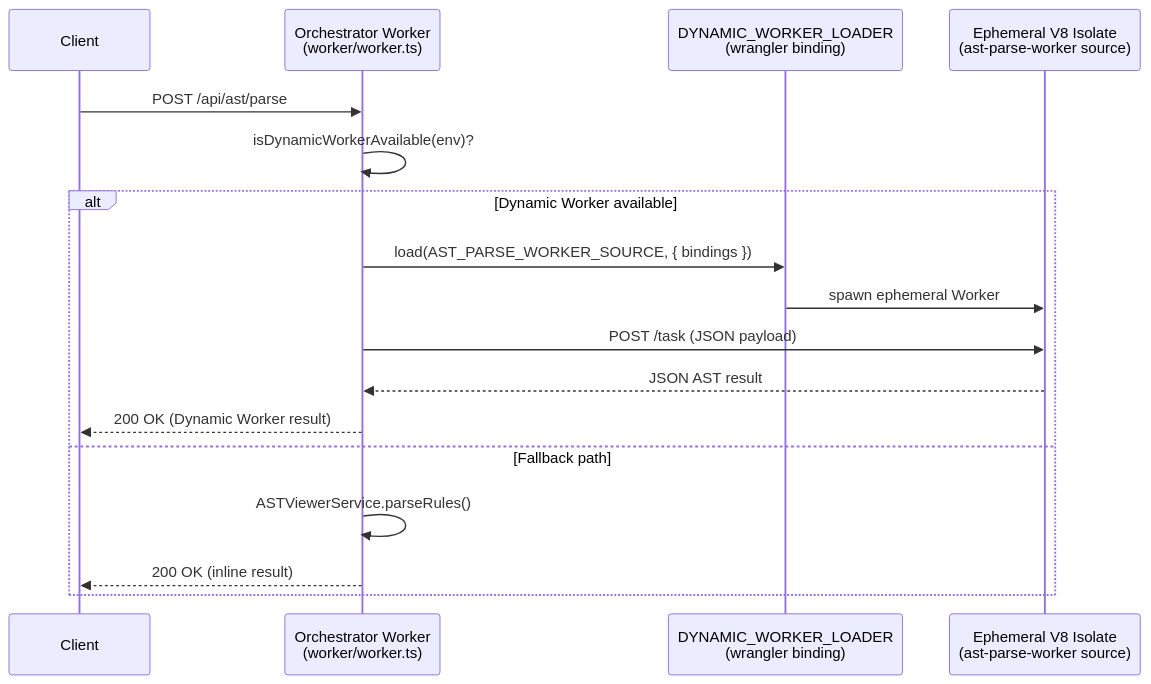
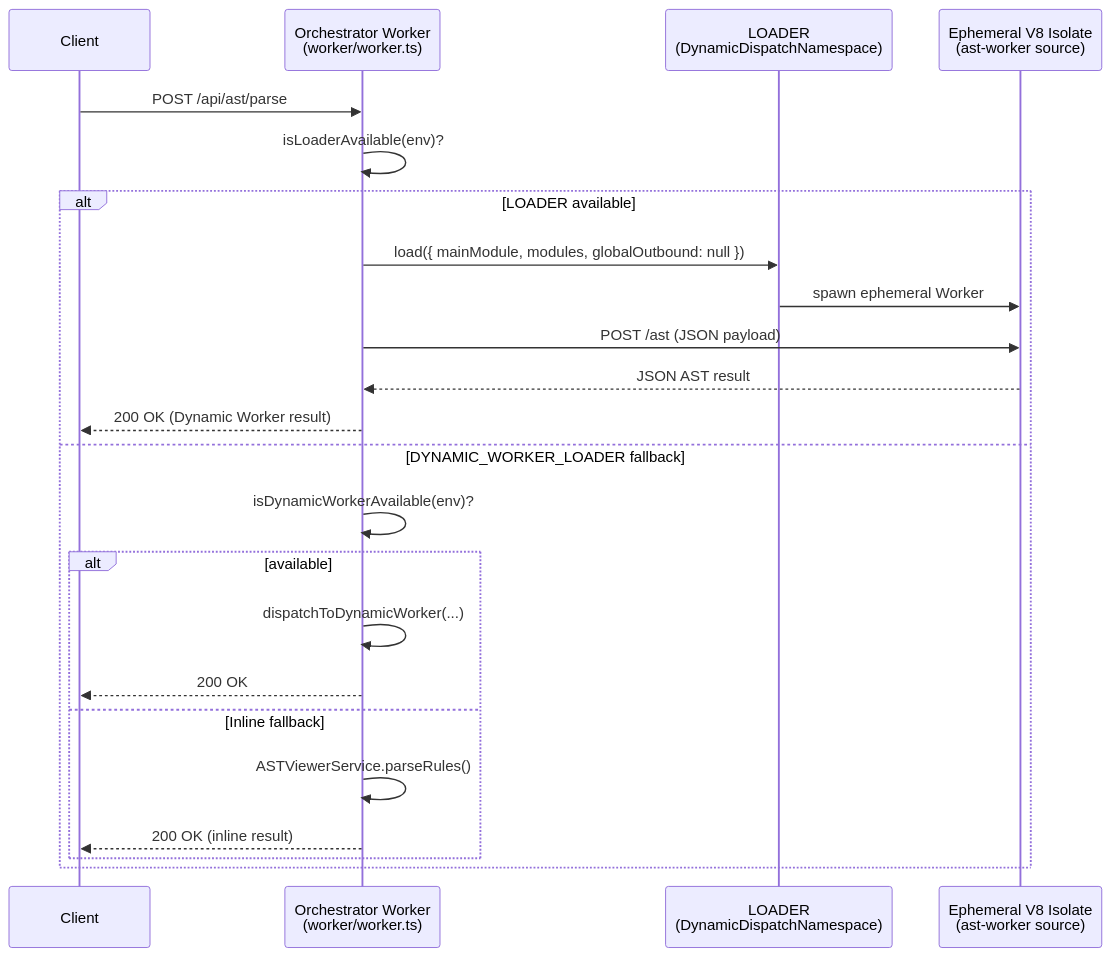
One commit to jaypatrick/adblock-compiler changed the first of 2 diagrams in docs/cloudflare/DYNAMIC_WORKERS.md. Above: the diagram before and after it, drawn with Mermaid. The commit also changed other lines of this file and 8 other files, not shown here.

First line of the commit message:
feat: add Dynamic Workers LOADER model, per-user agent dispatch, and validate fast-path (#1387)

````diff
--- a/docs/cloudflare/DYNAMIC_WORKERS.md
+++ b/docs/cloudflare/DYNAMIC_WORKERS.md
@@ -44,20 +77,26 @@
 ```mermaid
 sequenceDiagram
     participant Client
     participant Orchestrator as Orchestrator Worker<br/>(worker/worker.ts)
-    participant Loader as DYNAMIC_WORKER_LOADER<br/>(wrangler binding)
-    participant Isolate as Ephemeral V8 Isolate<br/>(ast-parse-worker source)
+    participant Loader as LOADER<br/>(DynamicDispatchNamespace)
+    participant Isolate as Ephemeral V8 Isolate<br/>(ast-worker source)
 
     Client->>Orchestrator: POST /api/ast/parse
-    Orchestrator->>Orchestrator: isDynamicWorkerAvailable(env)?
-    alt Dynamic Worker available
-        Orchestrator->>Loader: load(AST_PARSE_WORKER_SOURCE, { bindings })
+    Orchestrator->>Orchestrator: isLoaderAvailable(env)?
+    alt LOADER available
+        Orchestrator->>Loader: load({ mainModule, modules, globalOutbound: null })
         Loader->>Isolate: spawn ephemeral Worker
-        Orchestrator->>Isolate: POST /task (JSON payload)
+        Orchestrator->>Isolate: POST /ast (JSON payload)
         Isolate-->>Orchestrator: JSON AST result
         Orchestrator-->>Client: 200 OK (Dynamic Worker result)
-    else Fallback path
-        Orchestrator->>Orchestrator: ASTViewerService.parseRules()
-        Orchestrator-->>Client: 200 OK (inline result)
+    else DYNAMIC_WORKER_LOADER fallback
+        Orchestrator->>Orchestrator: isDynamicWorkerAvailable(env)?
+        alt available
+            Orchestrator->>Orchestrator: dispatchToDynamicWorker(...)
+            Orchestrator-->>Client: 200 OK
+        else Inline fallback
+            Orchestrator->>Orchestrator: ASTViewerService.parseRules()
+            Orchestrator-->>Client: 200 OK (inline result)
+        end
     end
 ```
````
